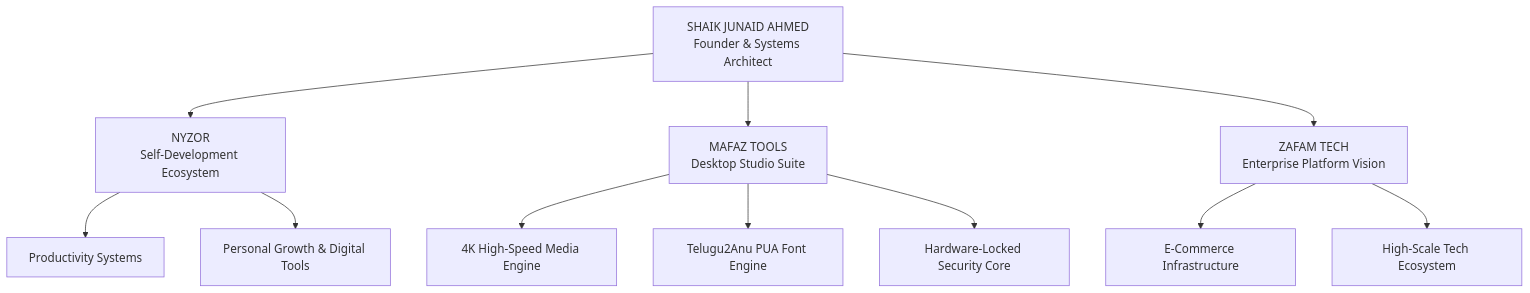
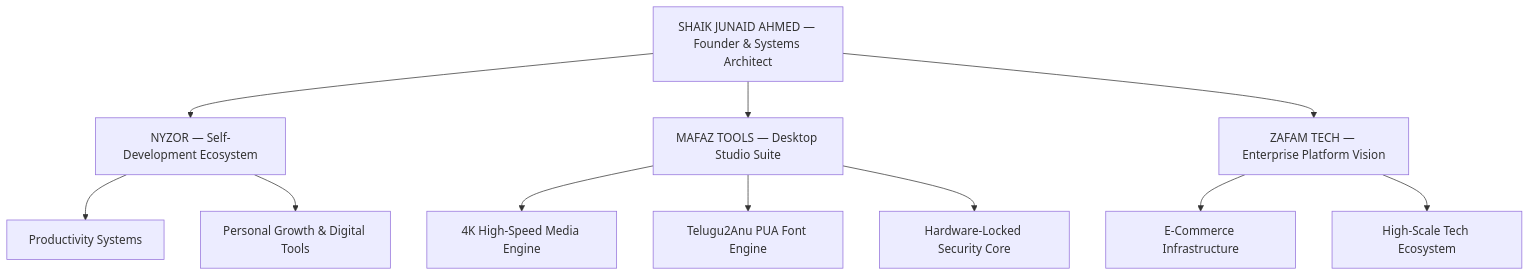
Before and after one commit to shaik-junaid-ahmed/shaik-junaid-ahmed: the diagram in README.md, drawn with Mermaid. The commit also changed other lines of this file, not shown here.

````diff
--- a/README.md
+++ b/README.md
@@ -37,17 +32,14 @@
 ```mermaid
 flowchart TD
-    SJA["SHAIK JUNAID AHMED\nFounder & Systems Architect"]
-    SJA --> NYZOR["NYZOR\nSelf-Development Ecosystem"]
-    SJA --> MAFAZ["MAFAZ TOOLS\nDesktop Studio Suite"]
-    SJA --> ZAFAM["ZAFAM TECH\nEnterprise Platform Vision"]
-
+    SJA["SHAIK JUNAID AHMED — Founder & Systems Architect"]
+    SJA --> NYZOR["NYZOR — Self-Development Ecosystem"]
+    SJA --> MAFAZ["MAFAZ TOOLS — Desktop Studio Suite"]
+    SJA --> ZAFAM["ZAFAM TECH — Enterprise Platform Vision"]
     NYZOR --> N1["Productivity Systems"]
     NYZOR --> N2["Personal Growth & Digital Tools"]
-
     MAFAZ --> M1["4K High-Speed Media Engine"]
     MAFAZ --> M2["Telugu2Anu PUA Font Engine"]
     MAFAZ --> M3["Hardware-Locked Security Core"]
-
     ZAFAM --> Z1["E-Commerce Infrastructure"]
     ZAFAM --> Z2["High-Scale Tech Ecosystem"]
 ```
````
